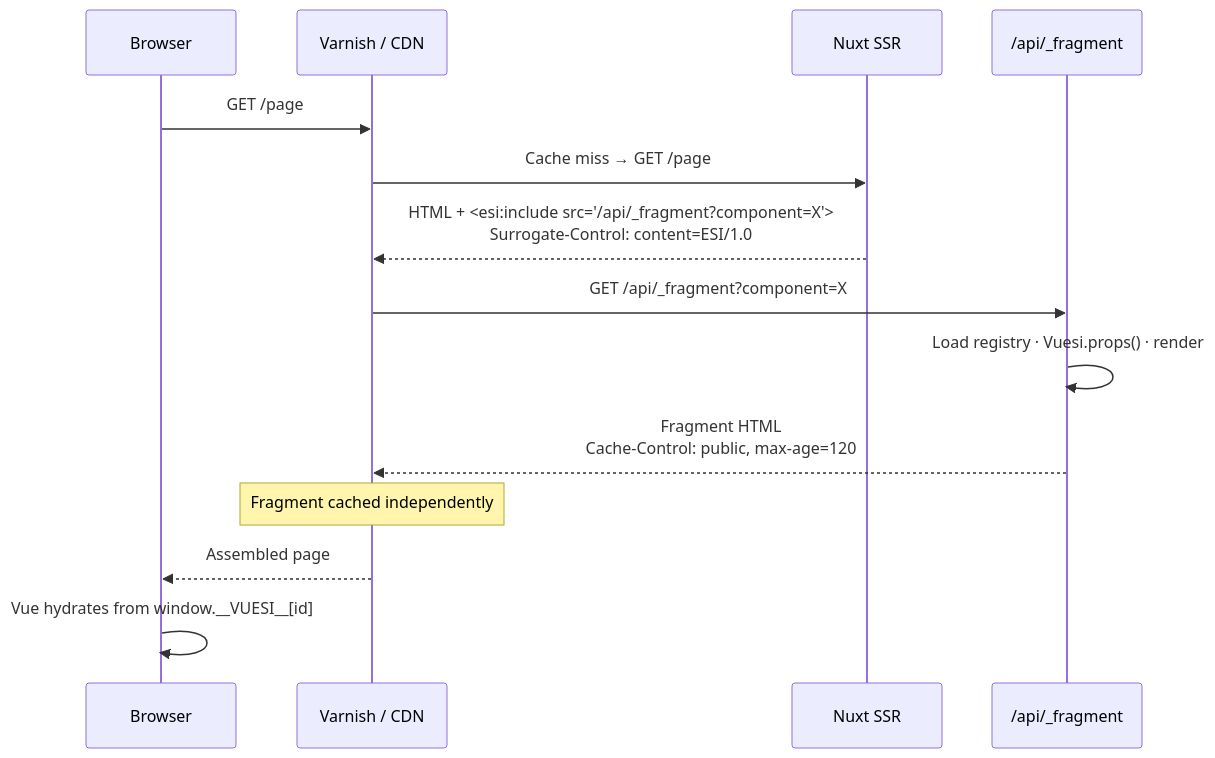
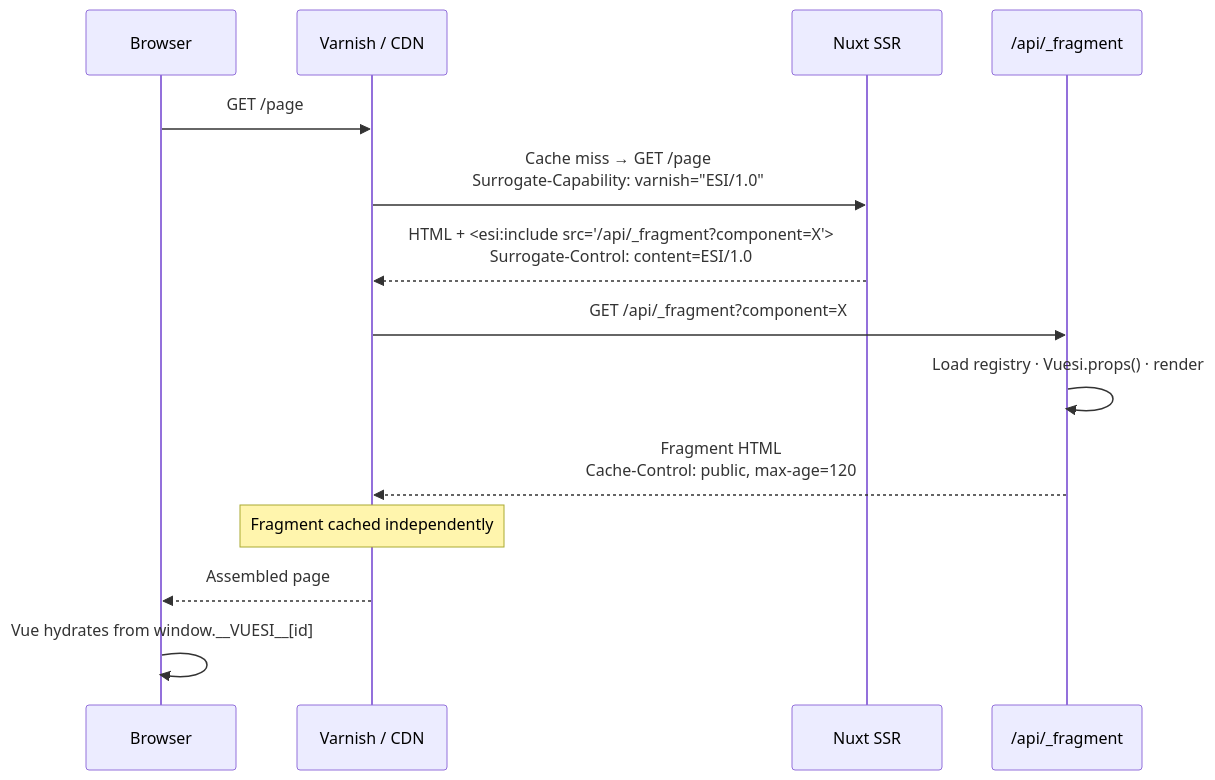
Before and after one commit to jamyouss/vuesi: the diagram in README.md, drawn with Mermaid. The commit also changed other lines of this file and 6 other files, not shown here.

First line of the commit message:
feat: only emit esi:include when the surrogate advertises ESI via Surrogate-Capability

````diff
--- a/README.md
+++ b/README.md
@@ -52,17 +52,17 @@
 ```mermaid
 sequenceDiagram
     participant B as Browser
     participant V as Varnish / CDN
     participant N as Nuxt SSR
     participant F as /api/_fragment
 
     B->>V: GET /page
-    V->>N: Cache miss → GET /page
+    V->>N: Cache miss → GET /page<br/>Surrogate-Capability: varnish="ESI/1.0"
     N-->>V: HTML + <esi:include src="/api/_fragment?component=X"><br/>Surrogate-Control: content=ESI/1.0
     V->>F: GET /api/_fragment?component=X
     F->>F: Load registry · Vuesi.props() · render
     F-->>V: Fragment HTML<br/>Cache-Control: public, max-age=120
     Note over V: Fragment cached independently
     V-->>B: Assembled page
     B->>B: Vue hydrates from window.__VUESI__[id]
 ```
````
